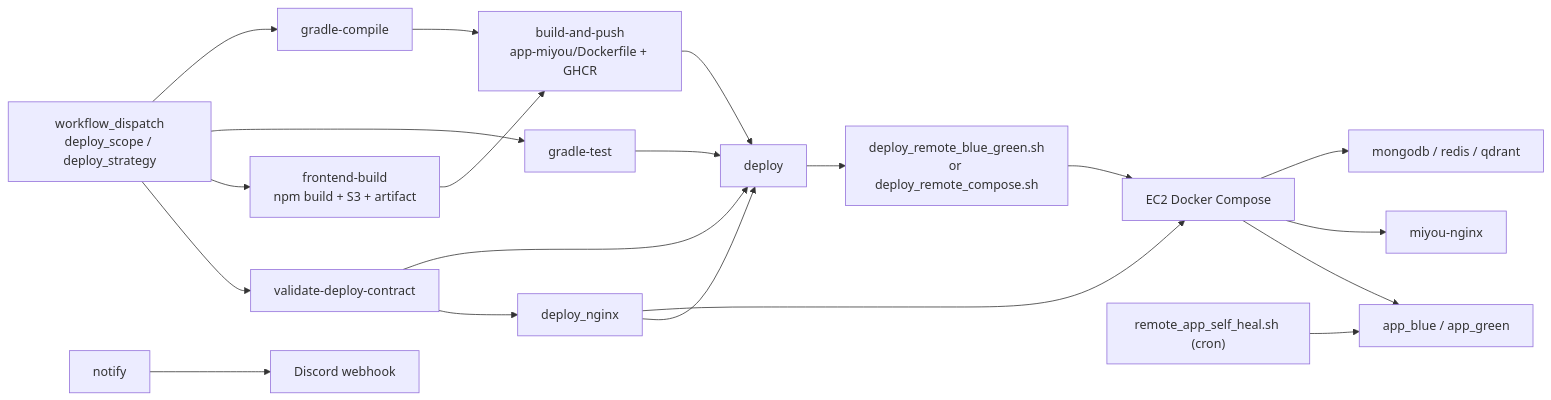
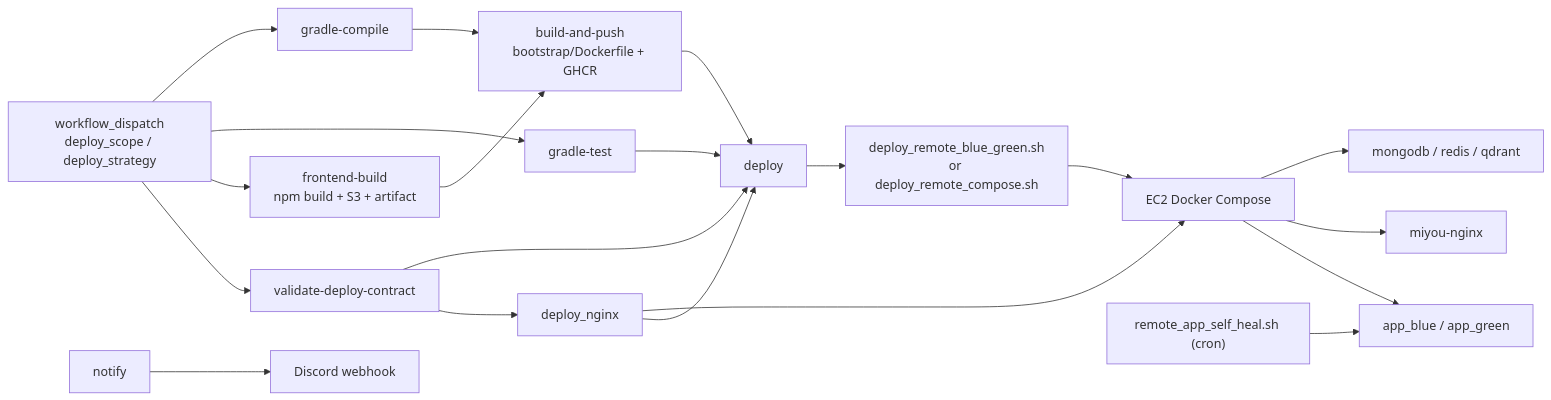
Before and after one commit to ImGdevel/MIYOU_ai-voice-chat: the first of 2 diagrams in docs/spec/tech/nginx-cicd-deploy/README.md, drawn with Mermaid. The commit also changed 37 other files, not shown here.

First line of the commit message:
♻️ refactor(build): app-miyou 모듈을 bootstrap으로 리네임

````diff
--- a/docs/spec/tech/nginx-cicd-deploy/README.md
+++ b/docs/spec/tech/nginx-cicd-deploy/README.md
@@ -37,22 +37,22 @@
 ```mermaid
 flowchart LR
   A["workflow_dispatch<br/>deploy_scope / deploy_strategy"] --> B["validate-deploy-contract"]
   A --> C["frontend-build<br/>npm build + S3 + artifact"]
   A --> D["gradle-test"]
   A --> E["gradle-compile"]
   B --> F["deploy_nginx"]
-  C --> G["build-and-push<br/>app-miyou/Dockerfile + GHCR"]
+  C --> G["build-and-push<br/>bootstrap/Dockerfile + GHCR"]
   E --> G
   D --> H["deploy"]
   B --> H
   F --> H
   G --> H
   H --> I["deploy_remote_blue_green.sh<br/>or deploy_remote_compose.sh"]
   I --> J["EC2 Docker Compose"]
   F --> J
   J --> K["app_blue / app_green"]
   J --> L["miyou-nginx"]
   J --> M["mongodb / redis / qdrant"]
   N["remote_app_self_heal.sh (cron)"] --> K
   O["notify"] --> P["Discord webhook"]
 ```
````
